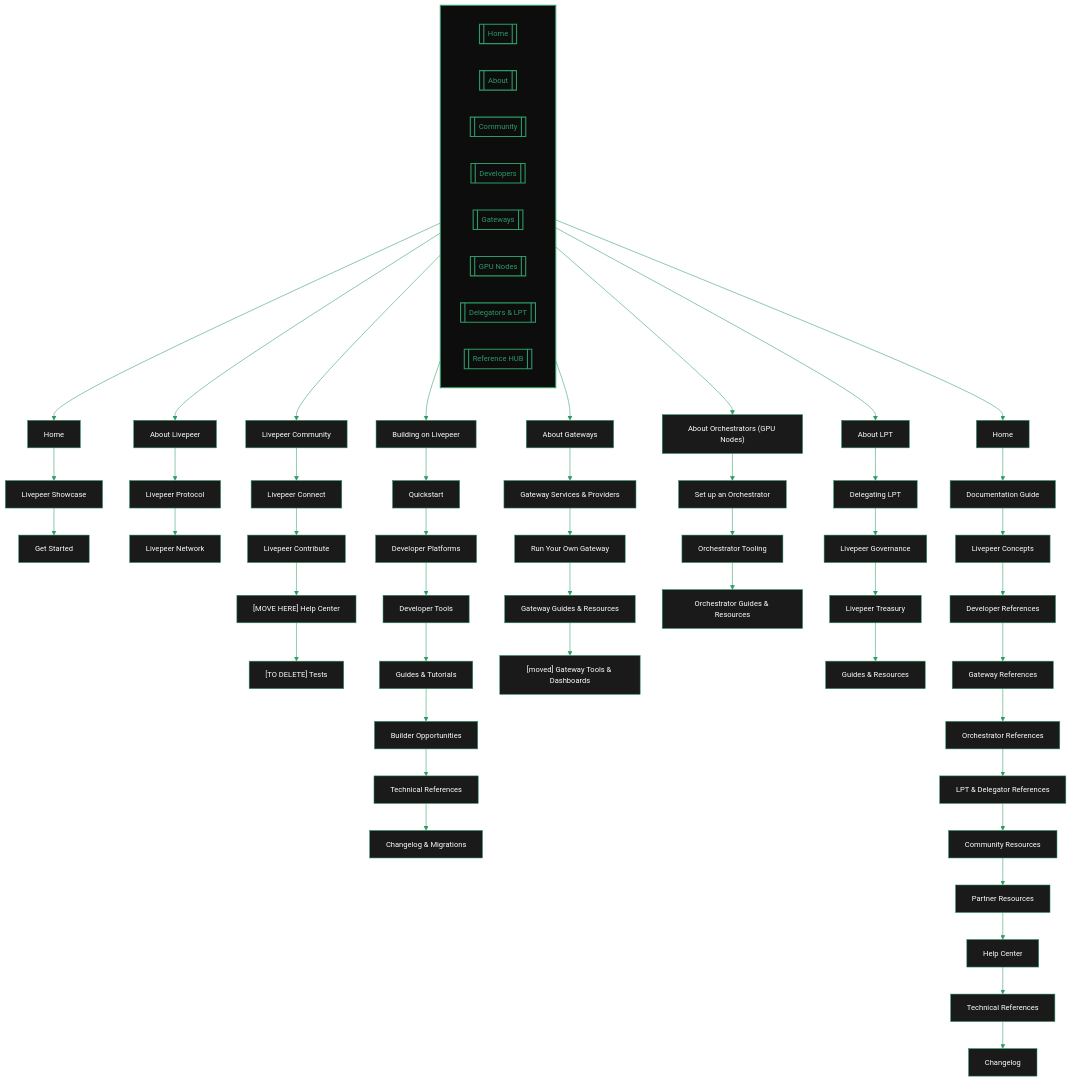
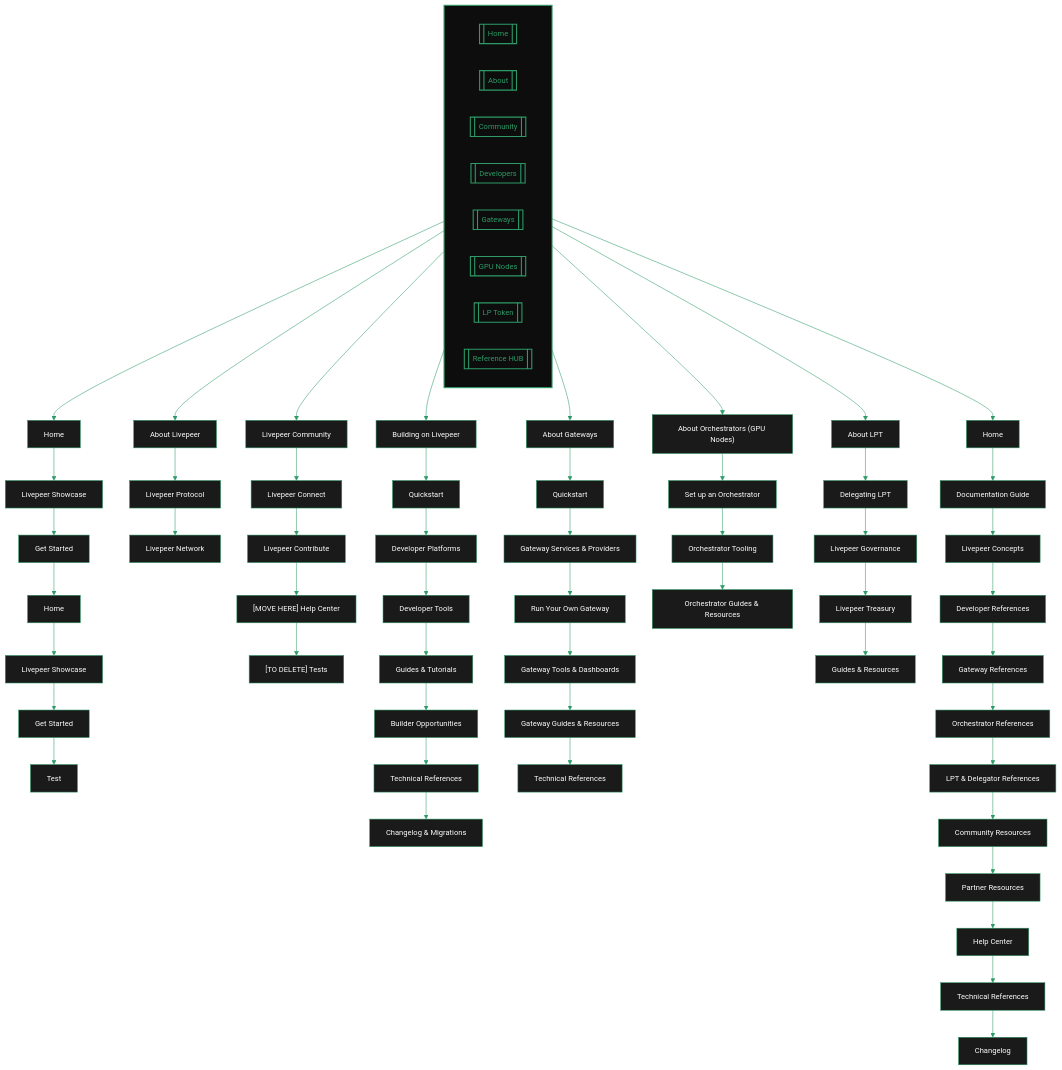
The diagram in snippets/generated/docs-structure-diagram.mdx (its-DeFine/docs), drawn with Mermaid before and after one commit. The commit also changed other lines of this file and 307 other files, not shown here.

````diff
--- a/snippets/generated/docs-structure-diagram.mdx
+++ b/snippets/generated/docs-structure-diagram.mdx
@@ -3,73 +3,79 @@
 ```mermaid
 %%{init: {'theme': 'base', 'themeVariables': { 'primaryColor': '#1a1a1a', 'primaryTextColor': '#fff', 'primaryBorderColor': '#2d9a67', 'lineColor': '#2d9a67', 'secondaryColor': '#0d0d0d', 'tertiaryColor': '#1a1a1a', 'background': '#0d0d0d', 'fontFamily': 'system-ui', 'fontSize': '14px' }}}%%
 flowchart TB
     subgraph Tabs[" "]
         direction LR
-        n3[["Home"]]
-        n7[["About"]]
-        n13[["Community"]]
-        n22[["Developers"]]
-        n28[["Gateways"]]
-        n33[["GPU Nodes"]]
-        n39[["Delegators & LPT"]]
-        n52[["Reference HUB"]]
+        n7[["Home"]]
+        n11[["About"]]
+        n17[["Community"]]
+        n26[["Developers"]]
+        n34[["Gateways"]]
+        n39[["GPU Nodes"]]
+        n45[["LP Token"]]
+        n58[["Reference HUB"]]
     end
 
-    n3 --> n0["Home"]
+    n7 --> n0["Home"]
     n0 --> n1["Livepeer Showcase"]
     n1 --> n2["Get Started"]
-    n7 --> n4["About Livepeer"]
-    n4 --> n5["Livepeer Protocol"]
-    n5 --> n6["Livepeer Network"]
-    n13 --> n8["Livepeer Community"]
-    n8 --> n9["Livepeer Connect"]
-    n9 --> n10["Livepeer Contribute"]
-    n10 --> n11["[MOVE HERE] Help Center"]
-    n11 --> n12["[TO DELETE] Tests"]
-    n22 --> n14["Building on Livepeer"]
-    n14 --> n15["Quickstart"]
-    n15 --> n16["Developer Platforms"]
-    n16 --> n17["Developer Tools"]
-    n17 --> n18["Guides & Tutorials"]
-    n18 --> n19["Builder Opportunities"]
-    n19 --> n20["Technical References"]
-    n20 --> n21["Changelog & Migrations"]
-    n28 --> n23["About Gateways"]
-    n23 --> n24["Gateway Services & Providers"]
-    n24 --> n25["Run Your Own Gateway"]
-    n25 --> n26["Gateway Guides & Resources"]
-    n26 --> n27["[moved] Gateway Tools & Dashboards"]
-    n33 --> n29["About Orchestrators (GPU Nodes)"]
-    n29 --> n30["Set up an Orchestrator"]
-    n30 --> n31["Orchestrator Tooling"]
-    n31 --> n32["Orchestrator Guides & Resources"]
-    n39 --> n34["About LPT"]
-    n34 --> n35["Delegating LPT"]
-    n35 --> n36["Livepeer Governance"]
-    n36 --> n37["Livepeer Treasury"]
-    n37 --> n38["Guides & Resources"]
-    n52 --> n40["Home"]
-    n40 --> n41["Documentation Guide"]
-    n41 --> n42["Livepeer Concepts"]
-    n42 --> n43["Developer References"]
-    n43 --> n44["Gateway References"]
-    n44 --> n45["Orchestrator References"]
-    n45 --> n46["LPT & Delegator References"]
-    n46 --> n47["Community Resources"]
-    n47 --> n48["Partner Resources"]
-    n48 --> n49["Help Center"]
-    n49 --> n50["Technical References"]
-    n50 --> n51["Changelog"]
+    n2 --> n3["Home"]
+    n3 --> n4["Livepeer Showcase"]
+    n4 --> n5["Get Started"]
+    n5 --> n6["Test"]
+    n11 --> n8["About Livepeer"]
+    n8 --> n9["Livepeer Protocol"]
+    n9 --> n10["Livepeer Network"]
+    n17 --> n12["Livepeer Community"]
+    n12 --> n13["Livepeer Connect"]
+    n13 --> n14["Livepeer Contribute"]
+    n14 --> n15["[MOVE HERE] Help Center"]
+    n15 --> n16["[TO DELETE] Tests"]
+    n26 --> n18["Building on Livepeer"]
+    n18 --> n19["Quickstart"]
+    n19 --> n20["Developer Platforms"]
+    n20 --> n21["Developer Tools"]
+    n21 --> n22["Guides & Tutorials"]
+    n22 --> n23["Builder Opportunities"]
+    n23 --> n24["Technical References"]
+    n24 --> n25["Changelog & Migrations"]
+    n34 --> n27["About Gateways"]
+    n27 --> n28["Quickstart"]
+    n28 --> n29["Gateway Services & Providers"]
+    n29 --> n30["Run Your Own Gateway"]
+    n30 --> n31["Gateway Tools & Dashboards"]
+    n31 --> n32["Gateway Guides & Resources"]
+    n32 --> n33["Technical References"]
+    n39 --> n35["About Orchestrators (GPU Nodes)"]
+    n35 --> n36["Set up an Orchestrator"]
+    n36 --> n37["Orchestrator Tooling"]
+    n37 --> n38["Orchestrator Guides & Resources"]
+    n45 --> n40["About LPT"]
+    n40 --> n41["Delegating LPT"]
+    n41 --> n42["Livepeer Governance"]
+    n42 --> n43["Livepeer Treasury"]
+    n43 --> n44["Guides & Resources"]
+    n58 --> n46["Home"]
+    n46 --> n47["Documentation Guide"]
+    n47 --> n48["Livepeer Concepts"]
+    n48 --> n49["Developer References"]
+    n49 --> n50["Gateway References"]
+    n50 --> n51["Orchestrator References"]
+    n51 --> n52["LPT & Delegator References"]
+    n52 --> n53["Community Resources"]
+    n53 --> n54["Partner Resources"]
+    n54 --> n55["Help Center"]
+    n55 --> n56["Technical References"]
+    n56 --> n57["Changelog"]
 
     classDef default fill:#1a1a1a,color:#fff,stroke:#2d9a67,stroke-width:1px
     classDef tab fill:#0d0d0d,color:#2d9a67,stroke:#2d9a67,stroke-width:2px
     style Tabs fill:#0d0d0d,stroke:#2d9a67,stroke-width:2px
-    class n3 tab
     class n7 tab
-    class n13 tab
-    class n22 tab
-    class n28 tab
-    class n33 tab
+    class n11 tab
+    class n17 tab
+    class n26 tab
+    class n34 tab
     class n39 tab
-    class n52 tab
+    class n45 tab
+    class n58 tab
 ```
````
